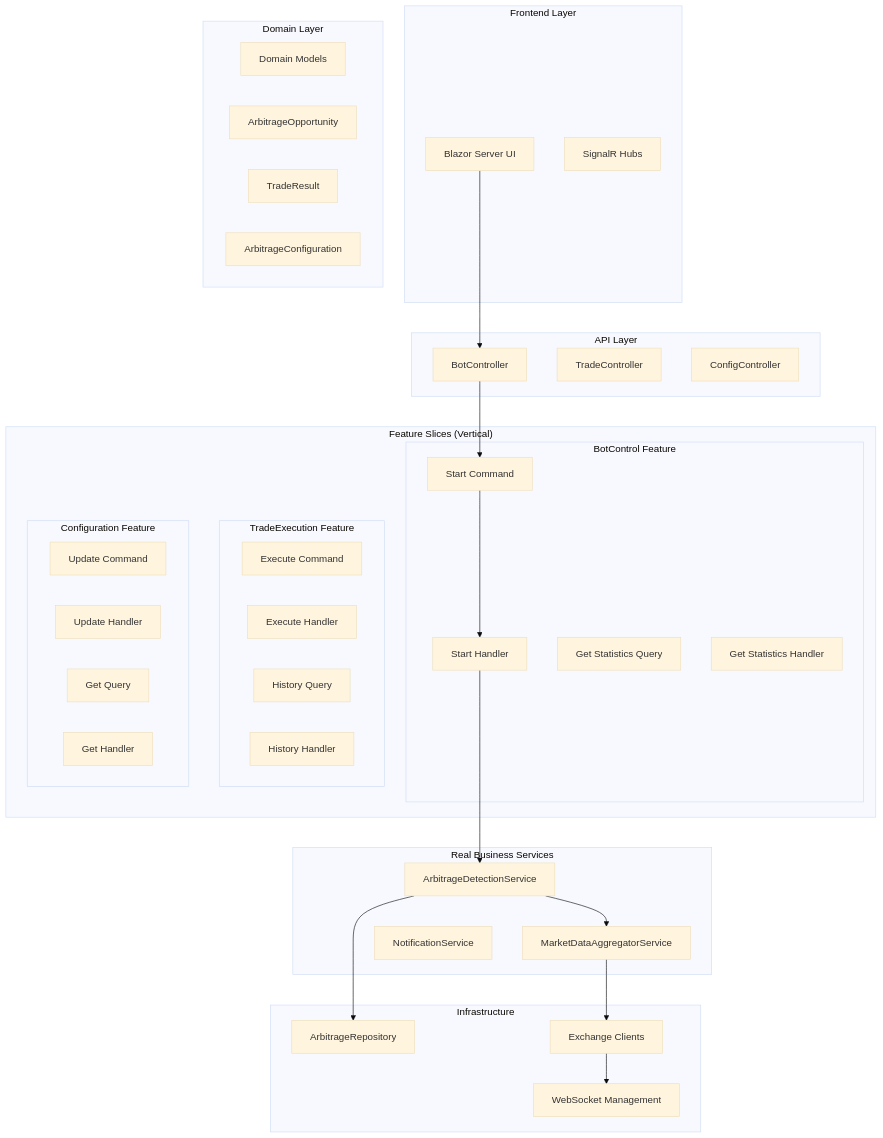
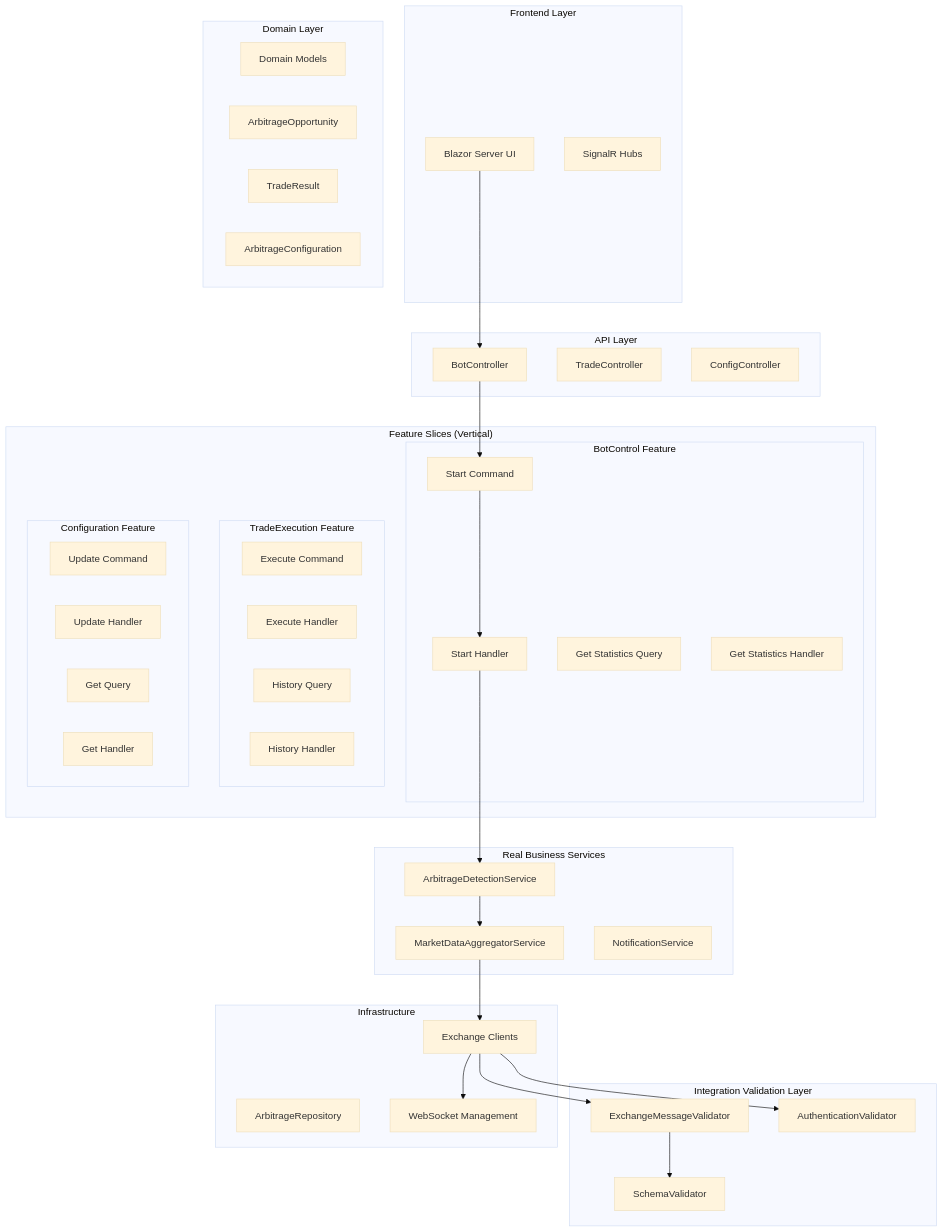
One commit to ygor/crypto-arbitrage changed the first of 3 diagrams in ARCHITECTURE.md. Above: the diagram before and after it, drawn with Mermaid (base theme). The commit also changed other lines of this file and 5 other files, not shown here.

````diff
--- a/ARCHITECTURE.md
+++ b/ARCHITECTURE.md
@@ -138,64 +195,72 @@
 ```mermaid
 graph TB
     subgraph "Frontend Layer"
         BZ[Blazor Server UI]
         SH[SignalR Hubs]
     end
     
     subgraph "API Layer"
         BC[BotController]
         TC[TradeController] 
         CC[ConfigController]
     end
     
     subgraph "Feature Slices (Vertical)"
         subgraph "BotControl Feature"
             BSC[Start Command]
             BSH[Start Handler]
             BGQ[Get Statistics Query]
             BGH[Get Statistics Handler]
         end
         
         subgraph "TradeExecution Feature"
             TEC[Execute Command]
             TEH[Execute Handler]
             THQ[History Query]
             THH[History Handler]
         end
         
         subgraph "Configuration Feature"
             CUC[Update Command]
             CUH[Update Handler]
             CGQ[Get Query]
             CGH[Get Handler]
         end
     end
     
     subgraph "Real Business Services"
         ADS[ArbitrageDetectionService]
         MDA[MarketDataAggregatorService]
         NS[NotificationService]
     end
     
+    subgraph "Integration Validation Layer"
+        SV[SchemaValidator]
+        EMV[ExchangeMessageValidator]
+        AV[AuthenticationValidator]
+    end
+    
     subgraph "Domain Layer"
         DM[Domain Models]
         AO[ArbitrageOpportunity]
         TR[TradeResult]
         AC[ArbitrageConfiguration]
     end
     
     subgraph "Infrastructure"
         AR[ArbitrageRepository]
         EX[Exchange Clients]
         WS[WebSocket Management]
     end
     
     BZ --> BC
     BC --> BSC
     BSC --> BSH
     BSH --> ADS
     ADS --> MDA
-    ADS --> AR
     MDA --> EX
+    EX --> EMV
+    EMV --> SV
     EX --> WS
+    EX --> AV
 ```
````
